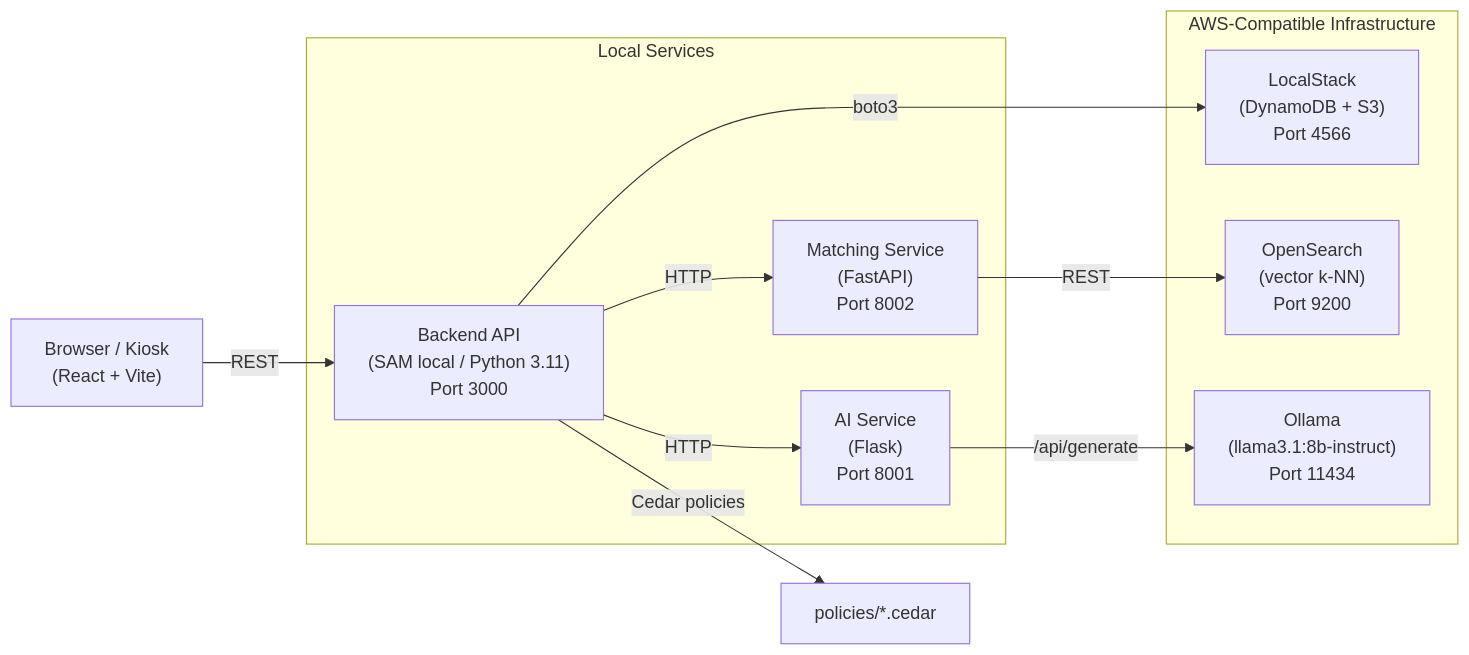
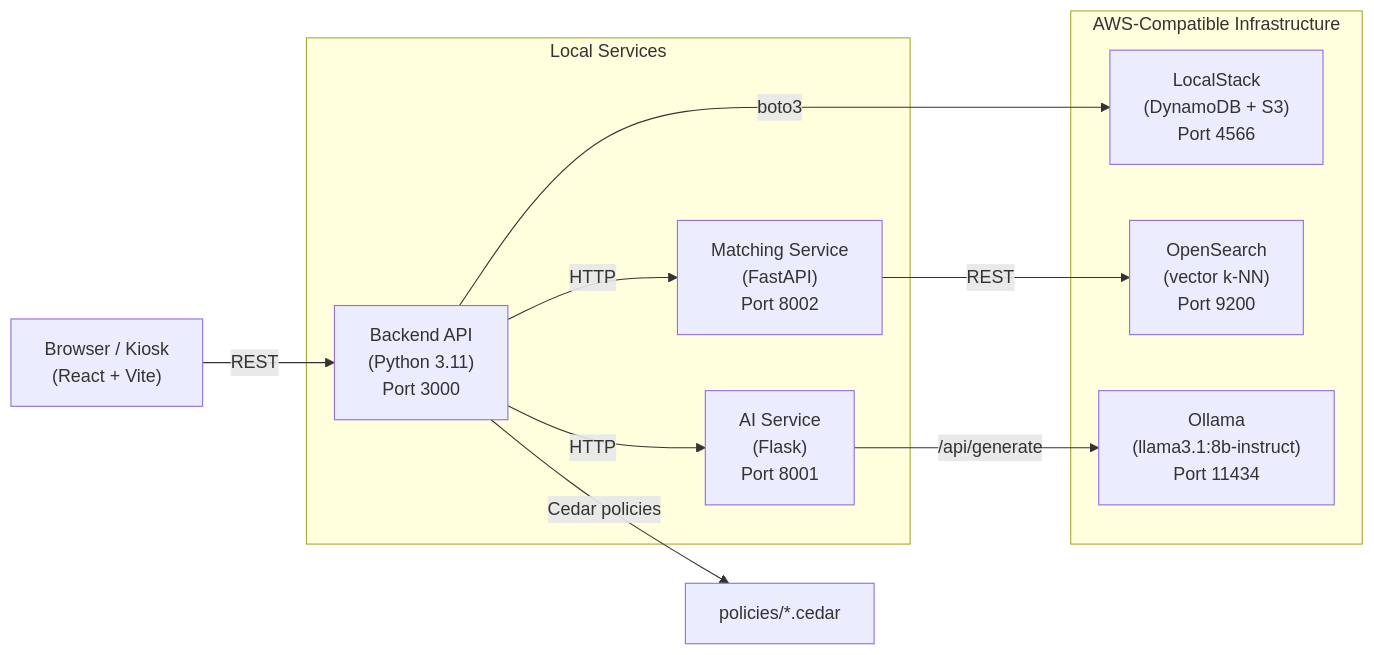
One commit to KartikaySrivastava258/incredible-india changed the diagram in README.md. Above: the diagram before and after it, drawn with Mermaid. The commit also changed other lines of this file, not shown here.

````diff
--- a/README.md
+++ b/README.md
@@ -45,24 +48,24 @@
 ```mermaid
 graph LR
   Browser["Browser / Kiosk\n(React + Vite)"]
 
   subgraph Local Services
-    Backend["Backend API\n(SAM local / Python 3.11)\nPort 3000"]
+    Backend["Backend API\n(Python 3.11)\nPort 3000"]
     AI["AI Service\n(Flask)\nPort 8001"]
     Matching["Matching Service\n(FastAPI)\nPort 8002"]
   end
 
   subgraph AWS-Compatible Infrastructure
     LocalStack["LocalStack\n(DynamoDB + S3)\nPort 4566"]
     OpenSearch["OpenSearch\n(vector k-NN)\nPort 9200"]
     Ollama["Ollama\n(llama3.1:8b-instruct)\nPort 11434"]
   end
 
   Browser -->|REST| Backend
   Backend -->|HTTP| AI
   Backend -->|HTTP| Matching
   Backend -->|boto3| LocalStack
   AI -->|/api/generate| Ollama
   Matching -->|REST| OpenSearch
   Backend -->|Cedar policies| Policies["policies/*.cedar"]
 ```
````
